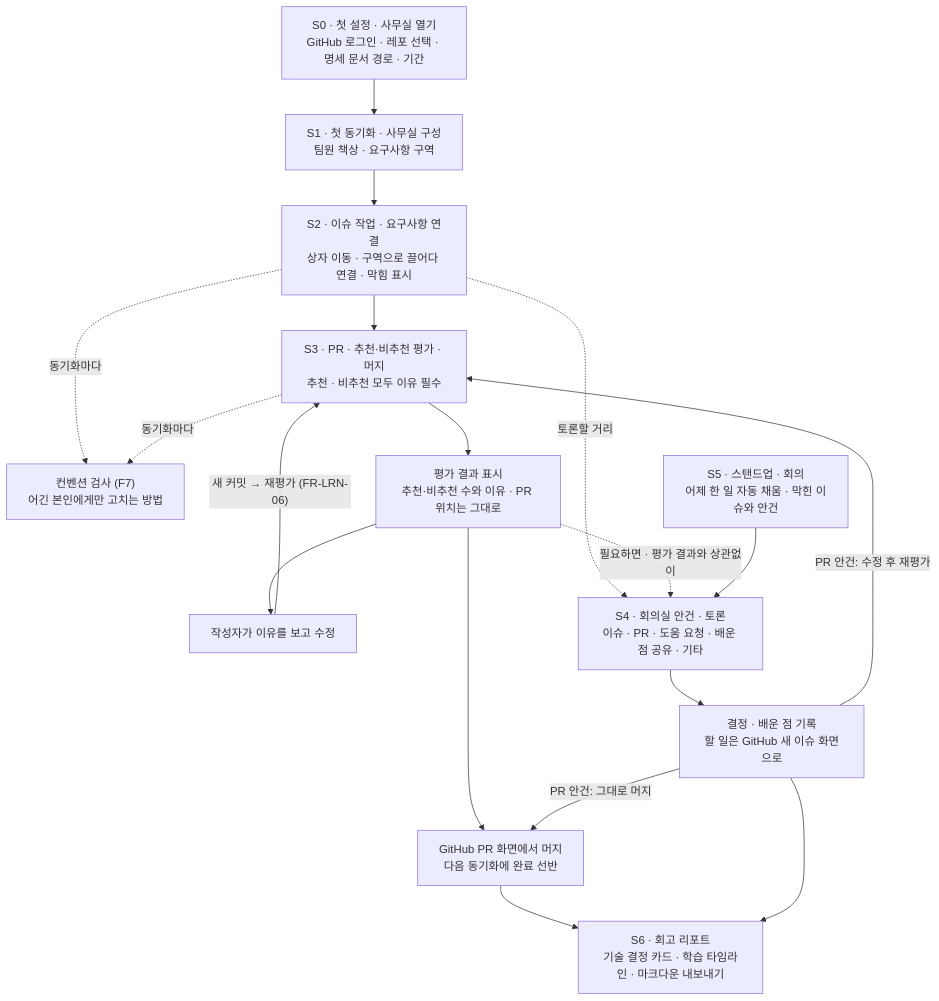
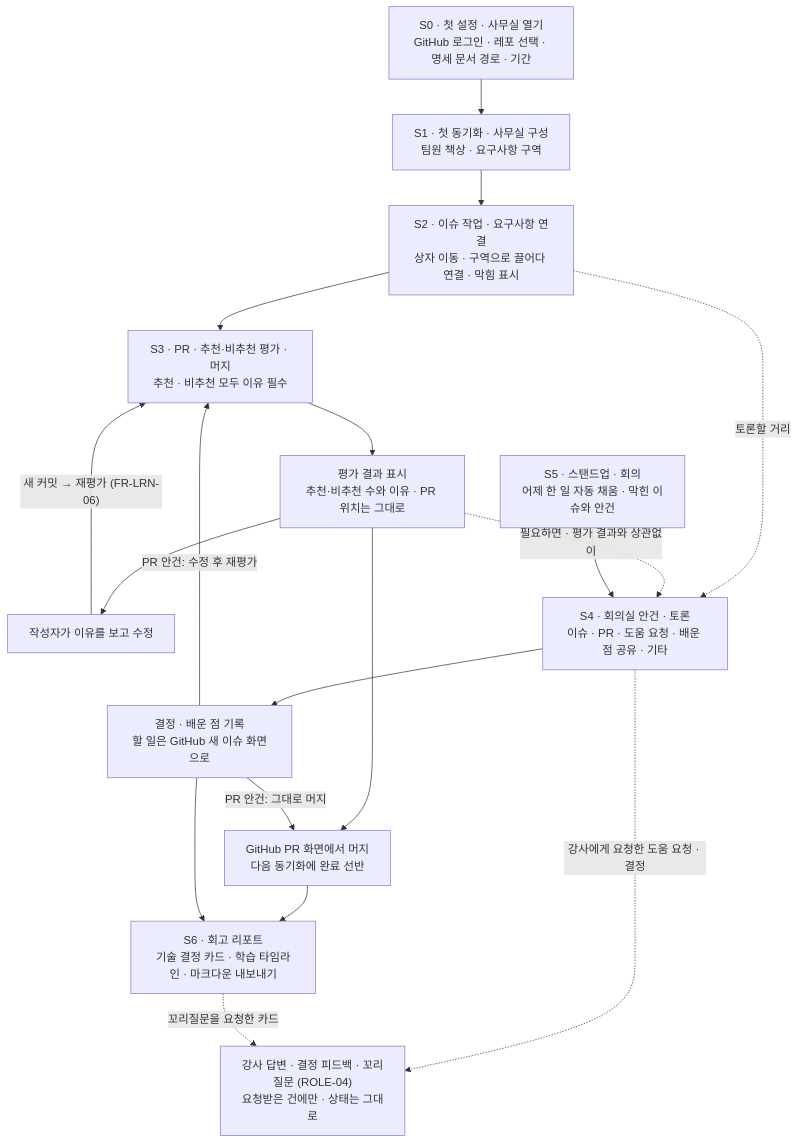
Before and after one commit to SamdoRyu/docs-for-PJ-review: the diagram in docs/02-workflow.md, drawn with Mermaid. The commit also changed other lines of this file and 21 other files, not shown here.

````diff
--- a/docs/02-workflow.md
+++ b/docs/02-workflow.md
@@ -37,28 +38,28 @@
 ```mermaid
 flowchart TD
     S0["S0 · 첫 설정 · 사무실 열기<br/>GitHub 로그인 · 레포 선택 · 명세 문서 경로 · 기간"]
     --> S1["S1 · 첫 동기화 · 사무실 구성<br/>팀원 책상 · 요구사항 구역"]
 
     S1 --> S2["S2 · 이슈 작업 · 요구사항 연결<br/>상자 이동 · 구역으로 끌어다 연결 · 막힘 표시"]
 
     S2 --> S3["S3 · PR · 추천·비추천 평가 · 머지<br/>추천 · 비추천 모두 이유 필수"]
-
-    S2 -. 동기화마다 .-> C["컨벤션 검사 (F7)<br/>어긴 본인에게만 고치는 방법"]
-    S3 -. 동기화마다 .-> C
 
     S3 --> E["평가 결과 표시<br/>추천·비추천 수와 이유 · PR 위치는 그대로"]
     E --> F["작성자가 이유를 보고 수정"]
     F -->|"새 커밋 → 재평가 (FR-LRN-06)"| S3
     E --> M["GitHub PR 화면에서 머지<br/>다음 동기화에 완료 선반"]
 
     S2 -. 토론할 거리 .-> S4["S4 · 회의실 안건 · 토론<br/>이슈 · PR · 도움 요청 · 배운 점 공유 · 기타"]
     E -. 필요하면 · 평가 결과와 상관없이 .-> S4
 
     S5["S5 · 스탠드업 · 회의<br/>어제 한 일 자동 채움 · 막힌 이슈와 안건"] --> S4
     S4 --> D["결정 · 배운 점 기록<br/>할 일은 GitHub 새 이슈 화면으로"]
     D -->|"PR 안건: 수정 후 재평가"| S3
     D -->|"PR 안건: 그대로 머지"| M
 
     M --> S6["S6 · 회고 리포트<br/>기술 결정 카드 · 학습 타임라인 · 마크다운 내보내기"]
     D --> S6
+
+    S4 -. 강사에게 요청한 도움 요청 · 결정 .-> T["강사 답변 · 결정 피드백 · 꼬리질문 (ROLE-04)<br/>요청받은 건에만 · 상태는 그대로"]
+    S6 -. 꼬리질문을 요청한 카드 .-> T
 ```
````
